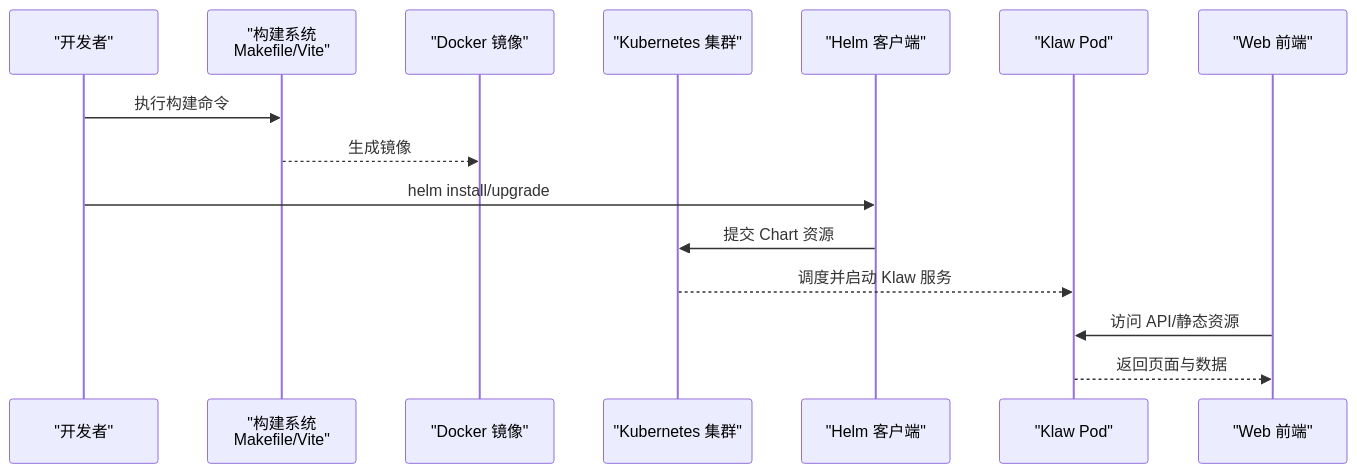
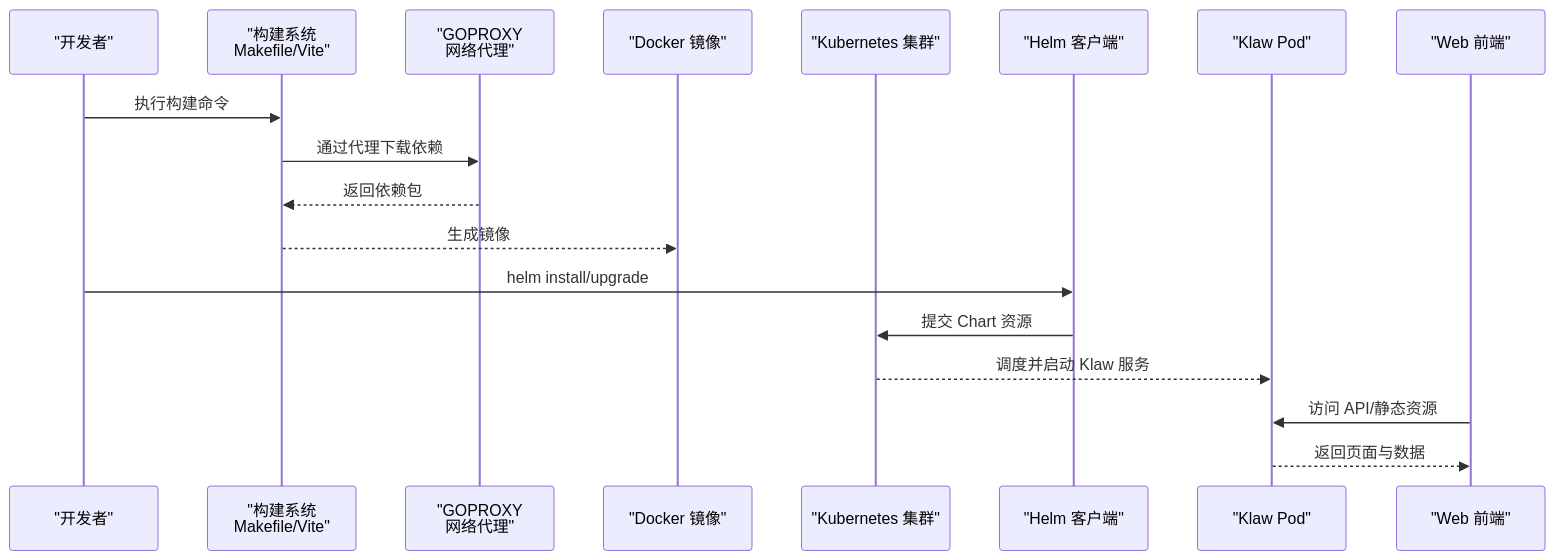
One commit to kudig-io/klaw changed the second of 8 diagrams in .qoder/repowiki/zh/content/安装部署/安装部署.md. Above: the diagram before and after it, drawn with Mermaid. The commit also changed other lines of this file and 245 other files, not shown here.

````diff
--- a/.qoder/repowiki/zh/content/安装部署/安装部署.md
+++ b/.qoder/repowiki/zh/content/安装部署/安装部署.md
@@ -100,17 +109,20 @@
 ```mermaid
 sequenceDiagram
 participant Dev as "开发者"
 participant Build as "构建系统<br/>Makefile/Vite"
+participant Proxy as "GOPROXY<br/>网络代理"
 participant Image as "Docker 镜像"
 participant K8s as "Kubernetes 集群"
 participant Helm as "Helm 客户端"
 participant Pod as "Klaw Pod"
 participant Web as "Web 前端"
 Dev->>Build : 执行构建命令
+Build->>Proxy : 通过代理下载依赖
+Proxy-->>Build : 返回依赖包
 Build-->>Image : 生成镜像
 Dev->>Helm : helm install/upgrade
 Helm->>K8s : 提交 Chart 资源
 K8s-->>Pod : 调度并启动 Klaw 服务
 Web->>Pod : 访问 API/静态资源
 Pod-->>Web : 返回页面与数据
 ```
````
